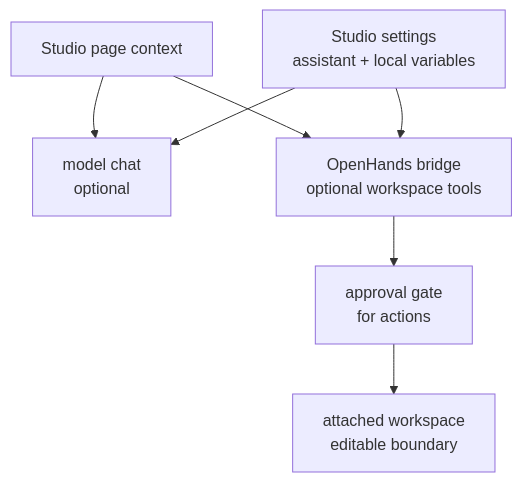
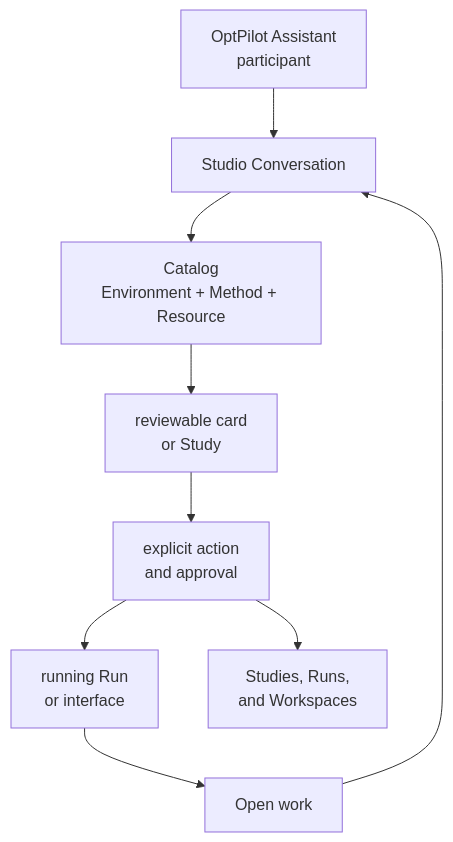
The diagram in studio/src/optpilot_studio/docs_assets/assistant.md (MINDS-THU/OptPilot), drawn with Mermaid before and after one commit. The commit also changed other lines of this file and 63 other files, not shown here.

````diff
--- a/studio/src/optpilot_studio/docs_assets/assistant.md
+++ b/studio/src/optpilot_studio/docs_assets/assistant.md
@@ -64,16 +119,20 @@
 ```mermaid
 flowchart TB
-  Studio["Studio page context"]
-  Settings["Studio settings\nassistant + local variables"]
-  Chat["model chat\noptional"]
-  OpenHands["OpenHands bridge\noptional workspace tools"]
-  Approval["approval gate\nfor actions"]
-  Workspace["attached workspace\neditable boundary"]
+  Conversation["Studio Conversation"]
+  Assistant["OptPilot Assistant\nparticipant"]
+  Catalog["Catalog\nEnvironment + Method + Resource"]
+  Card["reviewable card\nor Study"]
+  Approval["explicit action\nand approval"]
+  Active["running Run\nor interface"]
+  Durable["Studies, Runs,\nand Workspaces"]
+  ActiveWork["Open work"]
 
-  Studio --> Chat
-  Settings --> Chat
-  Studio --> OpenHands
-  Settings --> OpenHands
-  OpenHands --> Approval
-  Approval --> Workspace
+  Assistant --> Conversation
+  Conversation --> Catalog
+  Catalog --> Card
+  Card --> Approval
+  Approval --> Active
+  Approval --> Durable
+  Active --> ActiveWork
+  ActiveWork --> Conversation
 ```
````
